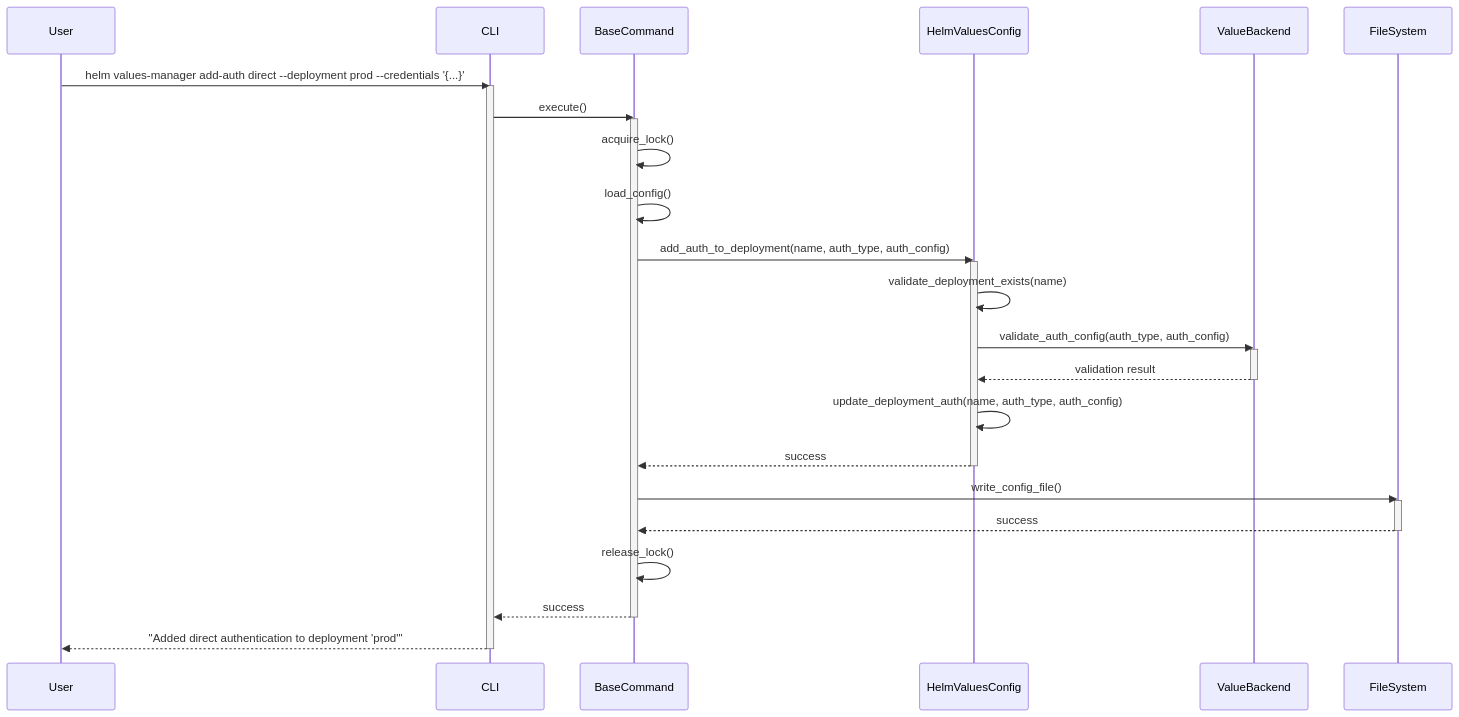
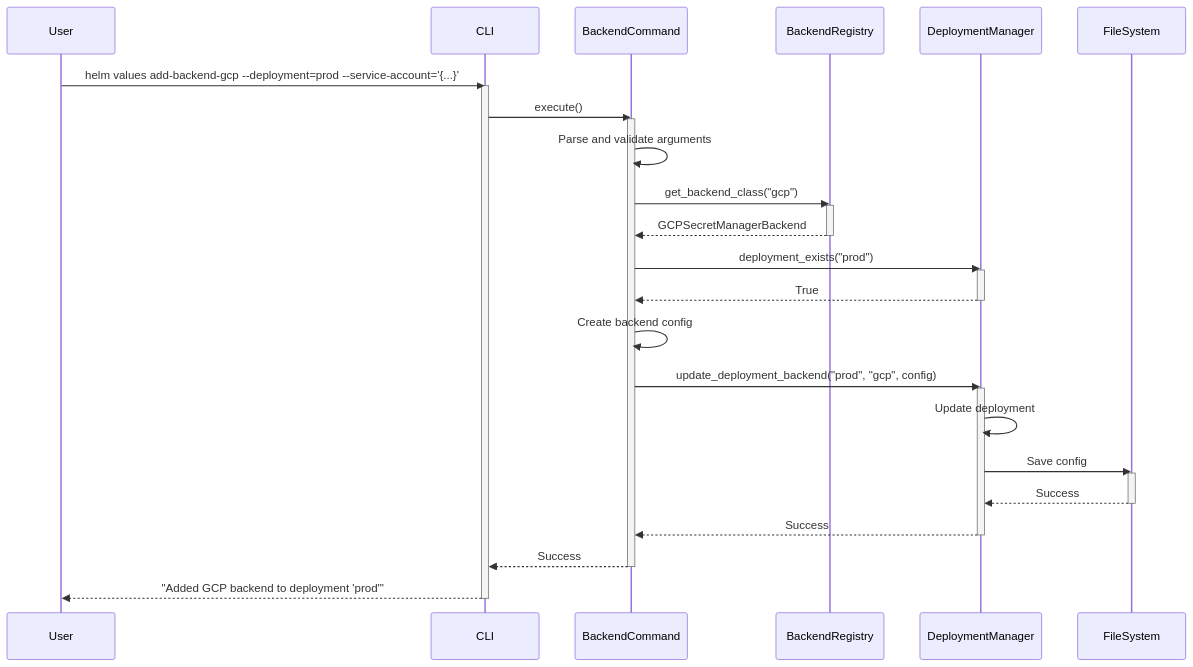
Before and after one commit to Zipstack/helm-values-manager: the sixth of 15 diagrams in docs/Design/sequence-diagrams.md, drawn with Mermaid. The commit also changed other lines of this file and 5 other files, not shown here.

Commit message:
Desgin changes: Added new design for add-backend using registry

````diff
--- a/docs/Design/sequence-diagrams.md
+++ b/docs/Design/sequence-diagrams.md
@@ -168,41 +192,45 @@
 ```mermaid
 sequenceDiagram
     participant User
     participant CLI
-    participant BaseCommand
-    participant HelmValuesConfig
-    participant ValueBackend
+    participant BackendCommand
+    participant BackendRegistry
+    participant DeploymentManager
+    participant FileSystem
 
-    User->>CLI: helm values-manager add-auth direct --deployment prod --credentials '{...}'
+    User->>CLI: helm values add-backend-gcp --deployment=prod --service-account='{...}'
     activate CLI
 
-    CLI->>BaseCommand: execute()
-    activate BaseCommand
+    CLI->>BackendCommand: execute()
+    activate BackendCommand
 
-    BaseCommand->>BaseCommand: acquire_lock()
-    BaseCommand->>BaseCommand: load_config()
-    BaseCommand->>HelmValuesConfig: add_auth_to_deployment(name, auth_type, auth_config)
-    activate HelmValuesConfig
+    BackendCommand->>BackendCommand: Parse and validate arguments
+    BackendCommand->>BackendRegistry: get_backend_class("gcp")
+    activate BackendRegistry
+    BackendRegistry-->>BackendCommand: GCPSecretManagerBackend
+    deactivate BackendRegistry
 
-    HelmValuesConfig->>HelmValuesConfig: validate_deployment_exists(name)
-    HelmValuesConfig->>ValueBackend: validate_auth_config(auth_type, auth_config)
-    activate ValueBackend
-    ValueBackend-->>HelmValuesConfig: validation result
-    deactivate ValueBackend
+    BackendCommand->>DeploymentManager: deployment_exists("prod")
+    activate DeploymentManager
+    DeploymentManager-->>BackendCommand: True
+    deactivate DeploymentManager
 
-    HelmValuesConfig->>HelmValuesConfig: update_deployment_auth(name, auth_type, auth_config)
-    HelmValuesConfig-->>BaseCommand: success
-    deactivate HelmValuesConfig
+    BackendCommand->>BackendCommand: Create backend config
+    BackendCommand->>DeploymentManager: update_deployment_backend("prod", "gcp", config)
+    activate DeploymentManager
 
-    BaseCommand->>FileSystem: write_config_file()
+    DeploymentManager->>DeploymentManager: Update deployment
+    DeploymentManager->>FileSystem: Save config
     activate FileSystem
-    FileSystem-->>BaseCommand: success
+    FileSystem-->>DeploymentManager: Success
     deactivate FileSystem
 
-    BaseCommand->>BaseCommand: release_lock()
-    BaseCommand-->>CLI: success
-    deactivate BaseCommand
+    DeploymentManager-->>BackendCommand: Success
+    deactivate DeploymentManager
 
-    CLI-->>User: "Added direct authentication to deployment 'prod'"
+    BackendCommand-->>CLI: Success
+    deactivate BackendCommand
+
+    CLI-->>User: "Added GCP backend to deployment 'prod'"
     deactivate CLI
 ```
````
